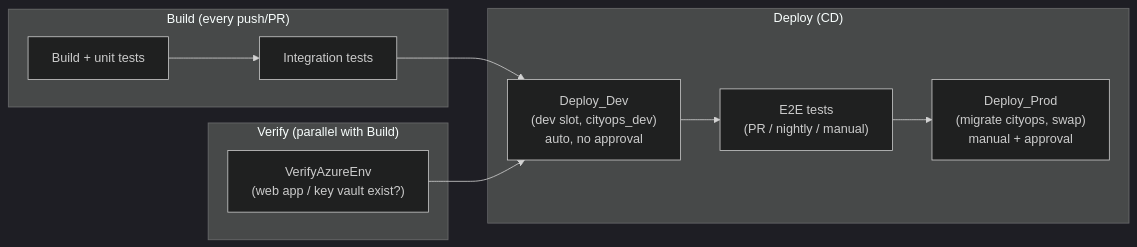
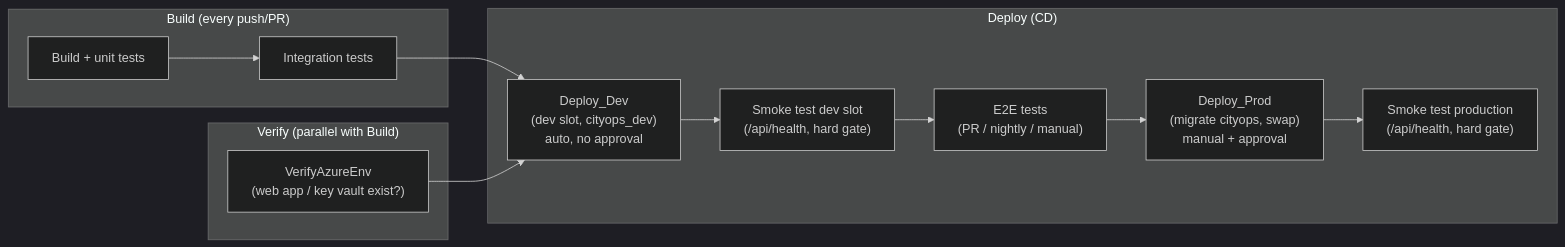
Before and after one commit to zynsys/cityops: the diagram in docs/deployment-guidelines.md, drawn with Mermaid (dark theme). The commit also changed other lines of this file and 6 other files, not shown here.

Commit message:
feat: add application-level smoke tests for dev and production deployments with health check endpoint

````diff
--- a/docs/deployment-guidelines.md
+++ b/docs/deployment-guidelines.md
@@ -32,15 +32,17 @@
 ```mermaid
 flowchart LR
     subgraph CI["Build (every push/PR)"]
         A[Build + unit tests] --> B[Integration tests]
     end
     subgraph V["Verify (parallel with Build)"]
         V1["VerifyAzureEnv\n(web app / key vault exist?)"]
     end
     subgraph CD["Deploy (CD)"]
         B --> C["Deploy_Dev\n(dev slot, cityops_dev)\nauto, no approval"]
         V1 --> C
-        C --> D["E2E tests\n(PR / nightly / manual)"]
+        C --> C2["Smoke test dev slot\n(/api/health, hard gate)"]
+        C2 --> D["E2E tests\n(PR / nightly / manual)"]
         D --> E["Deploy_Prod\n(migrate cityops, swap)\nmanual + approval"]
+        E --> E2["Smoke test production\n(/api/health, hard gate)"]
     end
 ```
````
